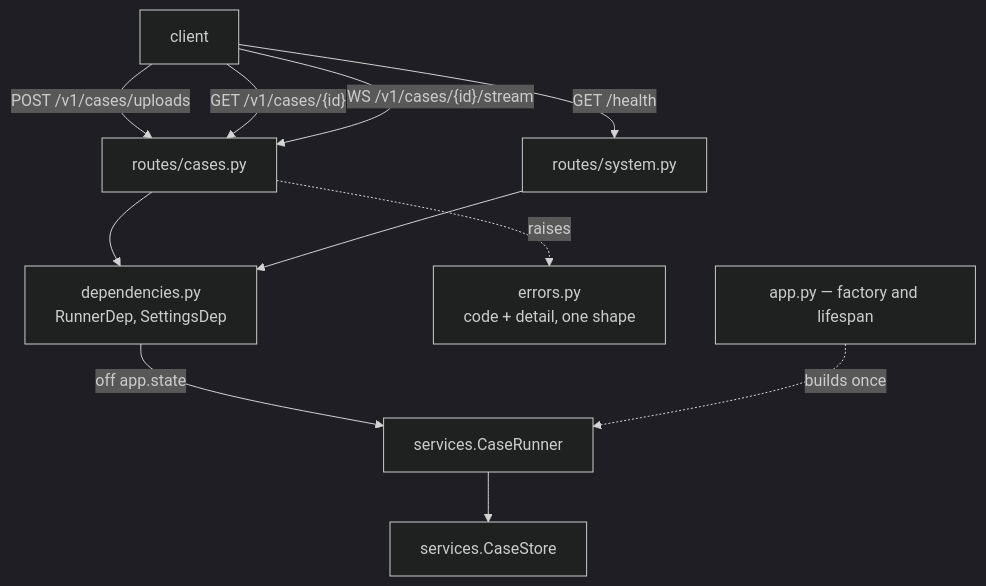
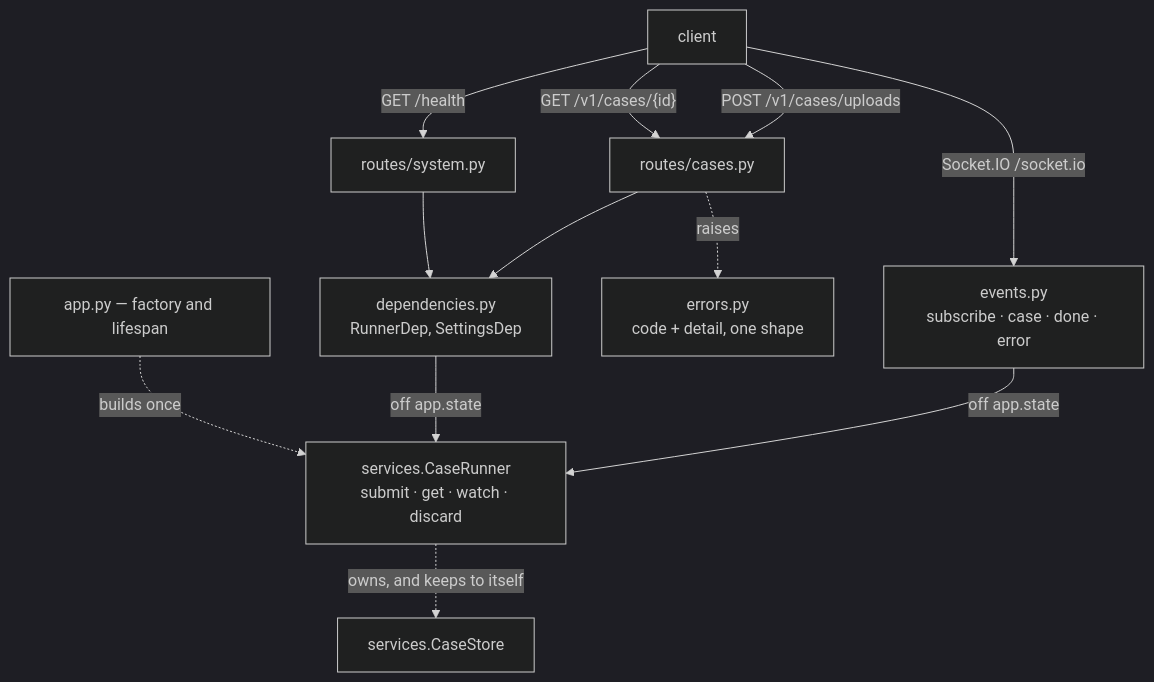
The first of 5 diagrams in backend/Detector/api/README.md (selvakumarperumal/Trade_Finance_Doc_Mismatch_Detector), drawn with Mermaid (dark theme) before and after one commit. The commit also changed other lines of this file and 30 other files, not shown here.

````diff
--- a/backend/Detector/api/README.md
+++ b/backend/Detector/api/README.md
@@ -10,13 +10,14 @@
 ```mermaid
 flowchart TD
     C["client"] -->|"POST /v1/cases/uploads"| RT["routes/cases.py"]
     C -->|"GET /v1/cases/{id}"| RT
-    C -->|"WS /v1/cases/{id}/stream"| RT
+    C -->|"Socket.IO /socket.io"| EV["events.py<br/>subscribe · case · done · error"]
     C -->|"GET /health"| SY["routes/system.py"]
     RT --> DEP["dependencies.py<br/>RunnerDep, SettingsDep"]
     SY --> DEP
-    DEP -->|"off app.state"| RUN["services.CaseRunner"]
-    RUN --> STORE["services.CaseStore"]
+    EV -->|"off app.state"| RUN
+    DEP -->|"off app.state"| RUN["services.CaseRunner<br/>submit · get · watch · discard"]
+    RUN -.->|"owns, and keeps to itself"| STORE["services.CaseStore"]
     RT -.->|raises| ERR["errors.py<br/>code + detail, one shape"]
     APP["app.py — factory and lifespan"] -.->|builds once| RUN
 ```
````
